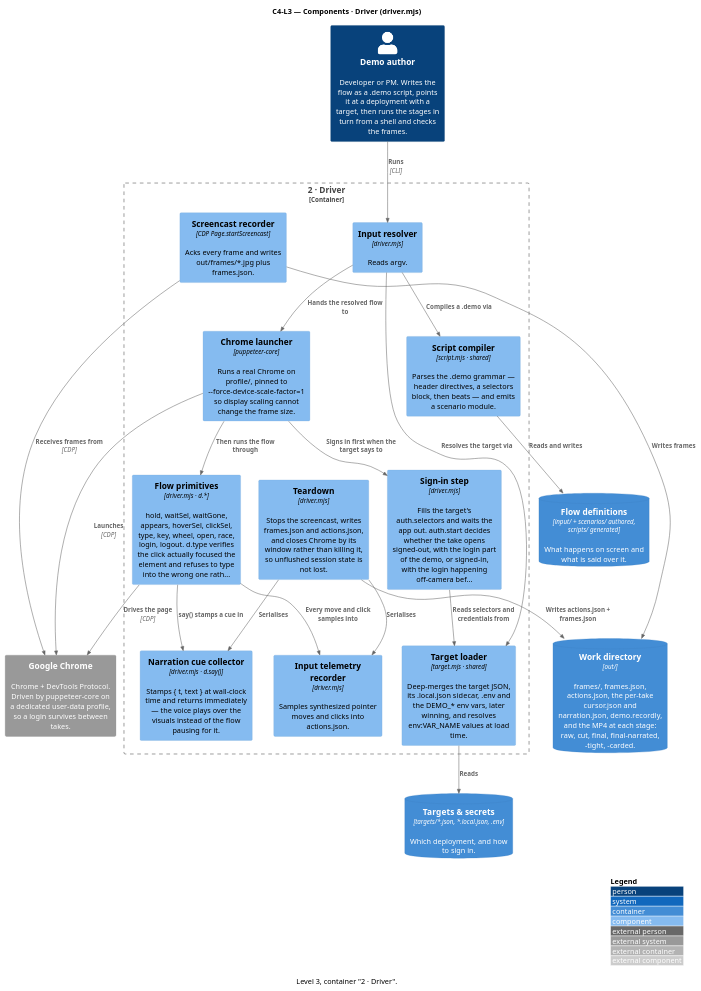
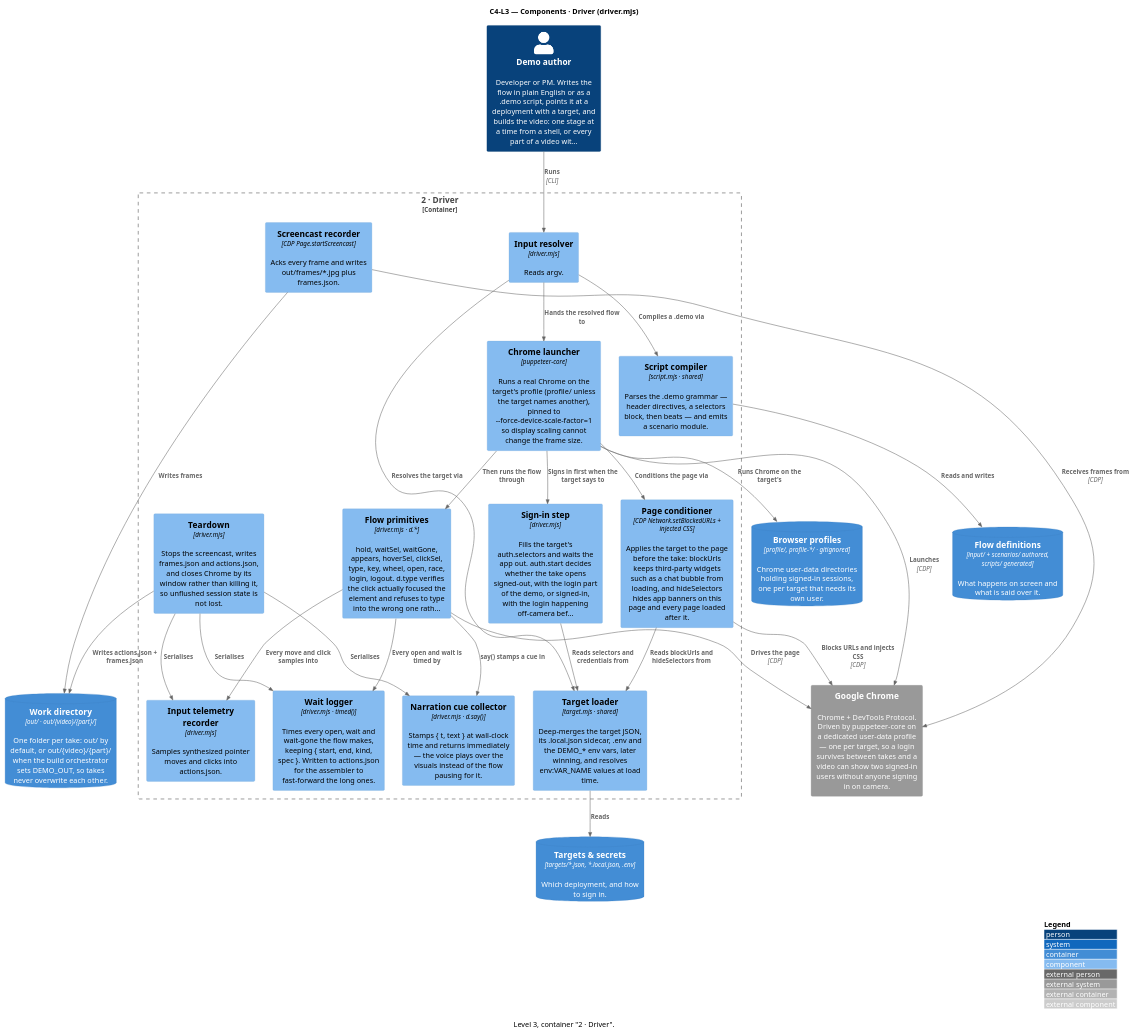
One commit to ssunduko/product-video changed the diagram in docs/c4-l3-driver.puml. Above: the diagram before and after it, drawn with PlantUML. The commit also changed 21 other files, not shown here.

```diff
--- a/docs/c4-l3-driver.puml
+++ b/docs/c4-l3-driver.puml
@@ -1,49 +1,58 @@
 @startuml c4-l3-driver
 ' Generated by docs/c4-model.mjs — do not edit; edit the model and re-run.
 !include <C4/C4_Component>
 ' No bundled C4 stdlib? Replace the line above with:
 ' !include https://raw.githubusercontent.com/plantuml-stdlib/C4-PlantUML/master/C4_Component.puml
 
 title C4-L3 — Components · Driver (driver.mjs)
 caption Level 3, container "2 · Driver".
 
-Person(demo_author, "Demo author", "Developer or PM. Writes the flow as a .demo script, points it at a deployment with a target, then runs the stages in turn from a shell and checks the frames.")
-System_Ext(google_chrome, "Google Chrome", "Chrome + DevTools Protocol. Driven by puppeteer-core on a dedicated user-data profile, so a login survives between takes.")
+Person(demo_author, "Demo author", "Developer or PM. Writes the flow in plain English or as a .demo script, points it at a deployment with a target, and builds the video: one stage at a time from a shell, or every part of a video wit...")
+System_Ext(google_chrome, "Google Chrome", "Chrome + DevTools Protocol. Driven by puppeteer-core on a dedicated user-data profile — one per target, so a login survives between takes and a video can show two signed-in users without anyone signing in on camera.")
 ContainerDb(flow_definitions, "Flow definitions", "input/ + scenarios/ authored, scripts/ generated", "What happens on screen and what is said over it.")
 ContainerDb(targets_secrets, "Targets & secrets", "targets/*.json, *.local.json, .env", "Which deployment, and how to sign in.")
-ContainerDb(work_directory, "Work directory", "out/", "frames/, frames.json, actions.json, the per-take cursor.json and narration.json, demo.recordly, and the MP4 at each stage: raw, cut, final, final-narrated, -tight, -carded.")
+ContainerDb(work_directory, "Work directory", "out/ · out/{video}/{part}/", "One folder per take: out/ by default, or out/{video}/{part}/ when the build orchestrator sets DEMO_OUT, so takes never overwrite each other.")
+ContainerDb(browser_profiles, "Browser profiles", "profile/, profile-*/ · gitignored", "Chrome user-data directories holding signed-in sessions, one per target that needs its own user.")
 
 Container_Boundary(driver_2, "2 · Driver") {
   Component(input_resolver, "Input resolver", "driver.mjs", "Reads argv.")
   Component(script_compiler_3, "Script compiler", "script.mjs · shared", "Parses the .demo grammar — header directives, a selectors block, then beats — and emits a scenario module.")
   Component(target_loader, "Target loader", "target.mjs · shared", "Deep-merges the target JSON, its .local.json sidecar, .env and the DEMO_* env vars, later winning, and resolves env:VAR_NAME values at load time.")
-  Component(chrome_launcher, "Chrome launcher", "puppeteer-core", "Runs a real Chrome on profile/, pinned to --force-device-scale-factor=1 so display scaling cannot change the frame size.")
+  Component(chrome_launcher, "Chrome launcher", "puppeteer-core", "Runs a real Chrome on the target's profile (profile/ unless the target names another), pinned to --force-device-scale-factor=1 so display scaling cannot change the frame size.")
   Component(sign_in_step, "Sign-in step", "driver.mjs", "Fills the target's auth.selectors and waits the app out. auth.start decides whether the take opens signed-out, with the login part of the demo, or signed-in, with the login happening off-camera bef...")
   Component(flow_primitives, "Flow primitives", "driver.mjs · d.*", "hold, waitSel, waitGone, appears, hoverSel, clickSel, type, key, wheel, open, race, login, logout. d.type verifies the click actually focused the element and refuses to type into the wrong one rath...")
   Component(screencast_recorder, "Screencast recorder", "CDP Page.startScreencast", "Acks every frame and writes out/frames/*.jpg plus frames.json.")
   Component(input_telemetry_recorder, "Input telemetry recorder", "driver.mjs", "Samples synthesized pointer moves and clicks into actions.json.")
   Component(narration_cue_collector, "Narration cue collector", "driver.mjs · d.say()", "Stamps { t, text } at wall-clock time and returns immediately — the voice plays over the visuals instead of the flow pausing for it.")
   Component(teardown, "Teardown", "driver.mjs", "Stops the screencast, writes frames.json and actions.json, and closes Chrome by its window rather than killing it, so unflushed session state is not lost.")
+  Component(page_conditioner, "Page conditioner", "CDP Network.setBlockedURLs + injected CSS", "Applies the target to the page before the take: blockUrls keeps third-party widgets such as a chat bubble from loading, and hideSelectors hides app banners on this page and every page loaded after it.")
+  Component(wait_logger, "Wait logger", "driver.mjs · timed()", "Times every open, wait and wait-gone the flow makes, keeping { start, end, kind, spec }. Written to actions.json for the assembler to fast-forward the long ones.")
 }
 
 Rel(demo_author, input_resolver, "Runs", "CLI")
 Rel(input_resolver, script_compiler_3, "Compiles a .demo via")
 Rel(input_resolver, target_loader, "Resolves the target via")
 Rel(script_compiler_3, flow_definitions, "Reads and writes")
 Rel(target_loader, targets_secrets, "Reads")
 Rel(input_resolver, chrome_launcher, "Hands the resolved flow to")
 Rel(chrome_launcher, google_chrome, "Launches", "CDP")
 Rel(chrome_launcher, sign_in_step, "Signs in first when the target says to")
 Rel(sign_in_step, target_loader, "Reads selectors and credentials from")
 Rel(chrome_launcher, flow_primitives, "Then runs the flow through")
 Rel(flow_primitives, google_chrome, "Drives the page", "CDP")
 Rel(flow_primitives, narration_cue_collector, "say() stamps a cue in")
 Rel(flow_primitives, input_telemetry_recorder, "Every move and click samples into")
 Rel(screencast_recorder, google_chrome, "Receives frames from", "CDP")
 Rel(screencast_recorder, work_directory, "Writes frames")
 Rel(teardown, input_telemetry_recorder, "Serialises")
 Rel(teardown, narration_cue_collector, "Serialises")
 Rel(teardown, work_directory, "Writes actions.json + frames.json")
+Rel(chrome_launcher, browser_profiles, "Runs Chrome on the target's")
+Rel(chrome_launcher, page_conditioner, "Conditions the page via")
+Rel(page_conditioner, target_loader, "Reads blockUrls and hideSelectors from")
+Rel(page_conditioner, google_chrome, "Blocks URLs and injects CSS", "CDP")
+Rel(flow_primitives, wait_logger, "Every open and wait is timed by")
+Rel(teardown, wait_logger, "Serialises")
 
 LAYOUT_WITH_LEGEND()
 @enduml
```
